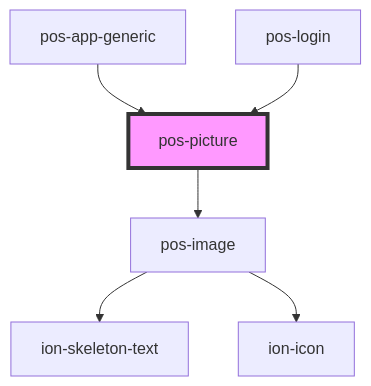
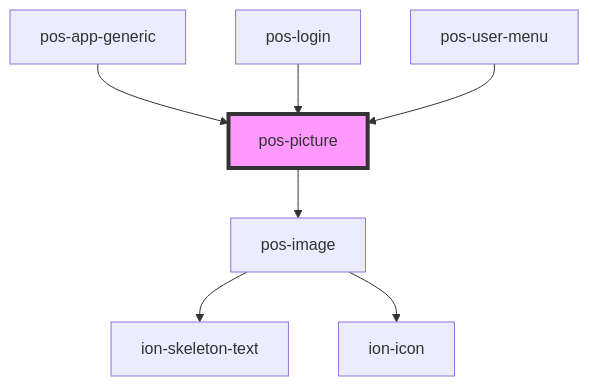
Before and after one commit to pod-os/PodOS: the diagram in docs/elements/components/pos-picture/readme.md, drawn with Mermaid. The commit also changed other lines of this file and 5 other files, not shown here.

````diff
--- a/docs/elements/components/pos-picture/readme.md
+++ b/docs/elements/components/pos-picture/readme.md
@@ -44,9 +45,10 @@
 ```mermaid
 graph TD;
   pos-picture --> pos-image
   pos-image --> ion-skeleton-text
   pos-image --> ion-icon
   pos-app-generic --> pos-picture
   pos-login --> pos-picture
+  pos-user-menu --> pos-picture
   style pos-picture fill:#f9f,stroke:#333,stroke-width:4px
 ```
````
